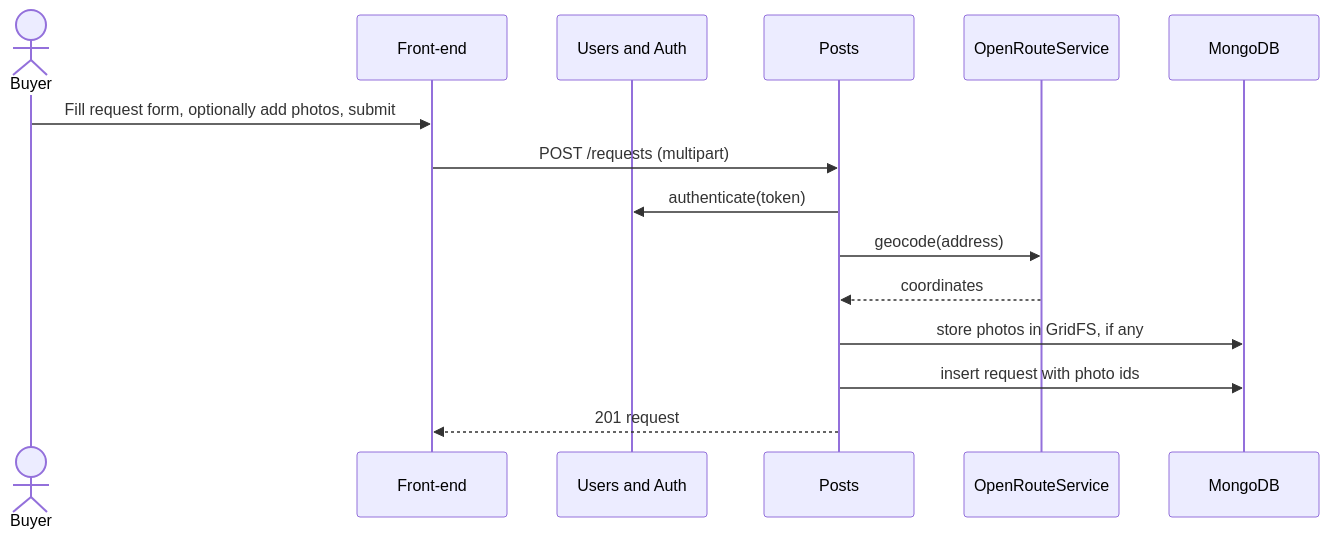
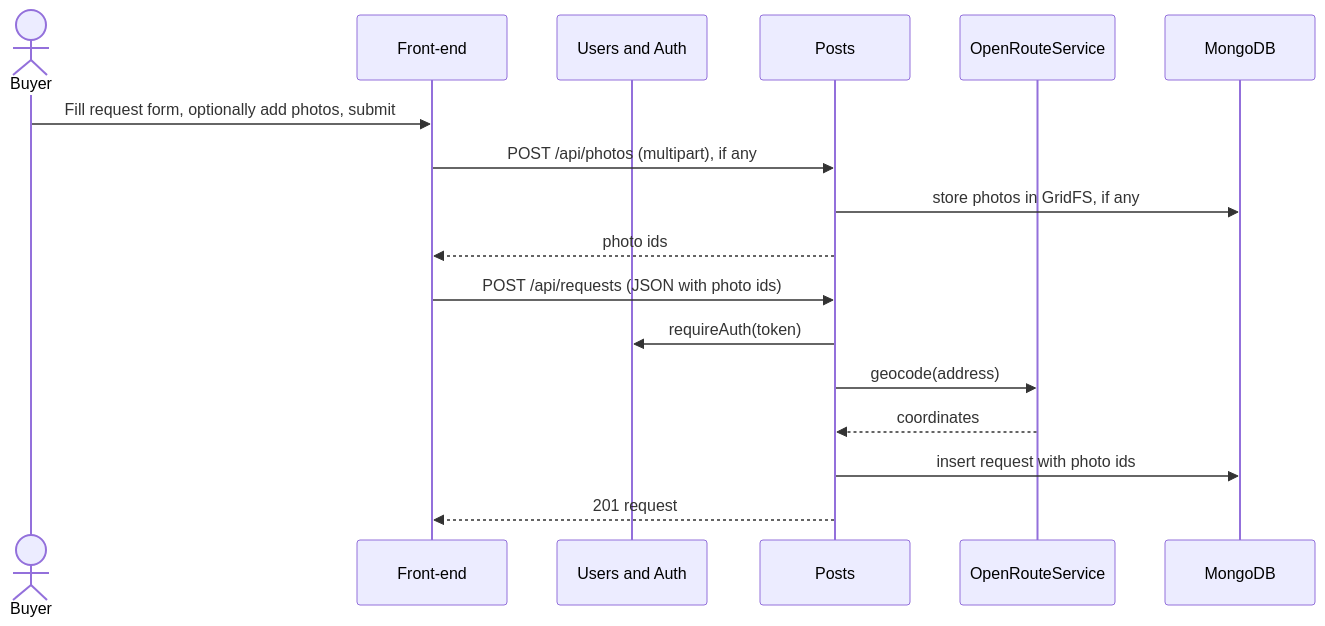
One commit to m1lun/m1skeletonProject changed the third of 7 diagrams in documentation/Requirements_and_Design.md. Above: the diagram before and after it, drawn with Mermaid. The commit also changed other lines of this file, not shown here.

````diff
--- a/documentation/Requirements_and_Design.md
+++ b/documentation/Requirements_and_Design.md
@@ -460,17 +465,19 @@
 ```mermaid
 sequenceDiagram
     actor B as Buyer
     participant FE as Front-end
     participant UA as Users and Auth
     participant P as Posts
     participant ORS as OpenRouteService
     participant DB as MongoDB
     B->>FE: Fill request form, optionally add photos, submit
-    FE->>P: POST /requests (multipart)
-    P->>UA: authenticate(token)
+    FE->>P: POST /api/photos (multipart), if any
+    P->>DB: store photos in GridFS, if any
+    P-->>FE: photo ids
+    FE->>P: POST /api/requests (JSON with photo ids)
+    P->>UA: requireAuth(token)
     P->>ORS: geocode(address)
     ORS-->>P: coordinates
-    P->>DB: store photos in GridFS, if any
     P->>DB: insert request with photo ids
     P-->>FE: 201 request
 ```
````
